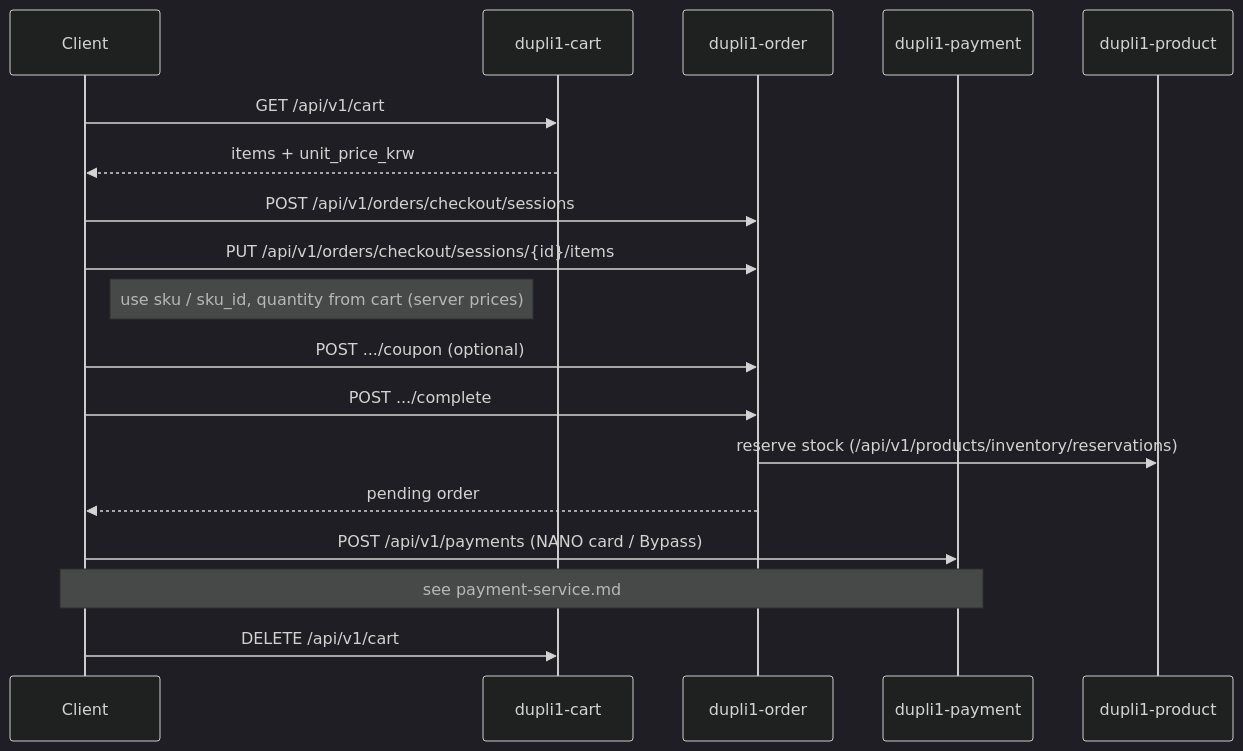
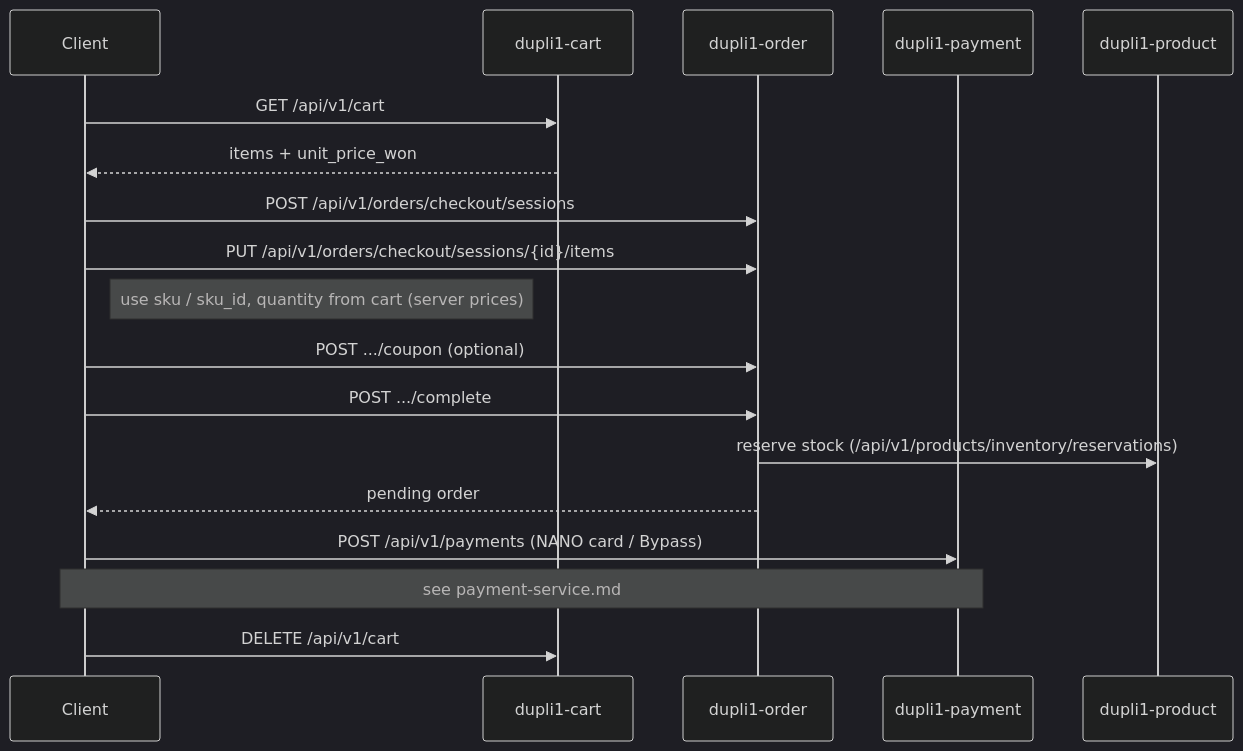
One commit to elug3/dupli1 changed the second of 2 diagrams in docs/cart-service.md. Above: the diagram before and after it, drawn with Mermaid (dark theme). The commit also changed other lines of this file and 92 other files, not shown here.

First line of the commit message:
Rename money JSON fields from *_krw to *_won

````diff
--- a/docs/cart-service.md
+++ b/docs/cart-service.md
@@ -268,25 +268,25 @@
 ```mermaid
 sequenceDiagram
     participant Client
     participant Cart as dupli1-cart
     participant Order as dupli1-order
     participant Pay as dupli1-payment
     participant Product as dupli1-product
 
     Client->>Cart: GET /api/v1/cart
-    Cart-->>Client: items + unit_price_krw
+    Cart-->>Client: items + unit_price_won
 
     Client->>Order: POST /api/v1/orders/checkout/sessions
     Client->>Order: PUT /api/v1/orders/checkout/sessions/{id}/items
     Note right of Client: use sku / sku_id, quantity from cart (server prices)
 
     Client->>Order: POST .../coupon (optional)
     Client->>Order: POST .../complete
     Order->>Product: reserve stock (/api/v1/products/inventory/reservations)
     Order-->>Client: pending order
 
     Client->>Pay: POST /api/v1/payments (NANO card / Bypass)
     Note over Client,Pay: see payment-service.md
 
     Client->>Cart: DELETE /api/v1/cart
 ```
````
